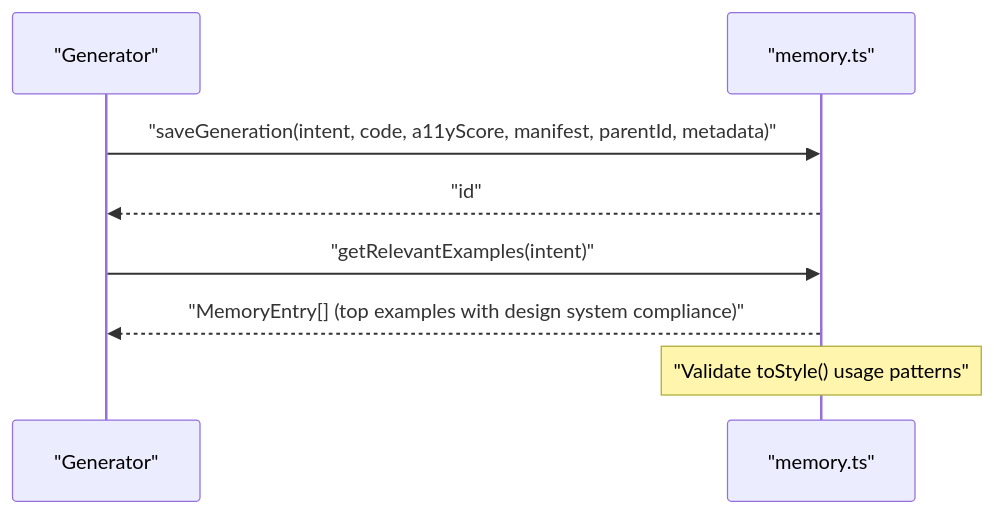
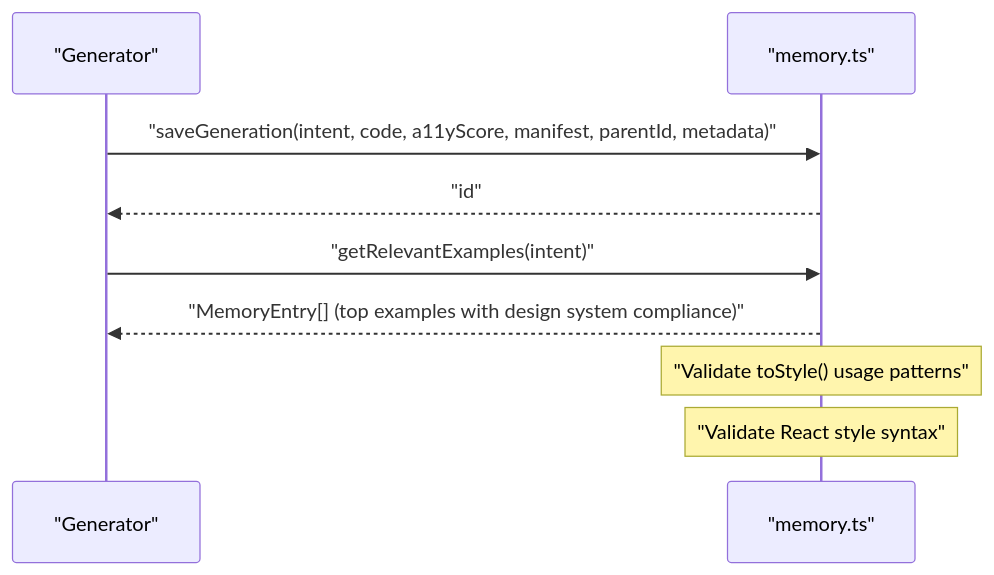
One commit to shekhargiri005-dotcom/AI-powered-accessibility-first-UI-engine changed the seventh of 12 diagrams in .qoder/repowiki/en/content/AI Generation Engine/Core Generation Pipeline/Prompt Engineering & Context Injection.md. Above: the diagram before and after it, drawn with Mermaid. The commit also changed other lines of this file and 8 other files, not shown here.

````diff
--- a/.qoder/repowiki/en/content/AI Generation Engine/Core Generation Pipeline/Prompt Engineering & Context Injection.md
+++ b/.qoder/repowiki/en/content/AI Generation Engine/Core Generation Pipeline/Prompt Engineering & Context Injection.md
@@ -378,10 +414,11 @@
 ```mermaid
 sequenceDiagram
 participant Gen as "Generator"
 participant MEM as "memory.ts"
 Gen->>MEM : "saveGeneration(intent, code, a11yScore, manifest, parentId, metadata)"
 MEM-->>Gen : "id"
 Gen->>MEM : "getRelevantExamples(intent)"
 MEM-->>Gen : "MemoryEntry[] (top examples with design system compliance)"
 Note over MEM : "Validate toStyle() usage patterns"
+Note over MEM : "Validate React style syntax"
 ```
````
